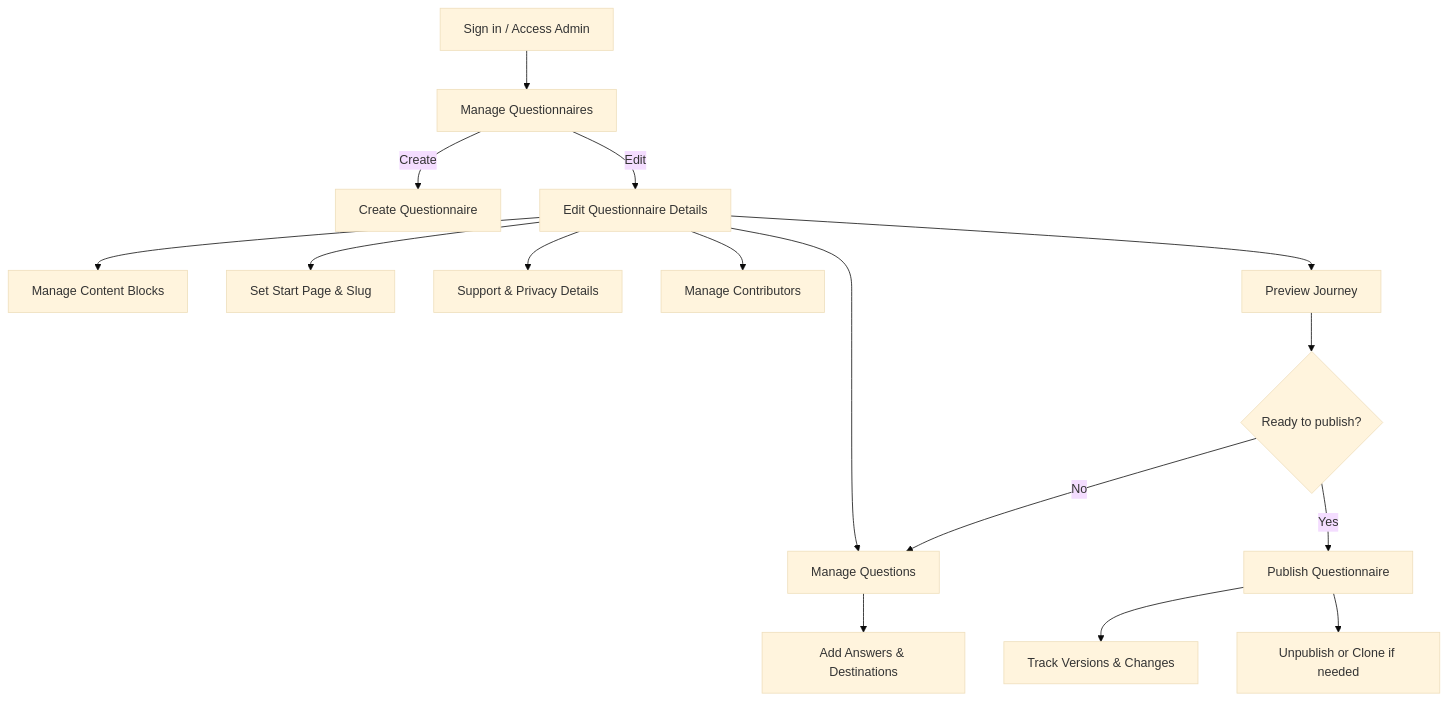
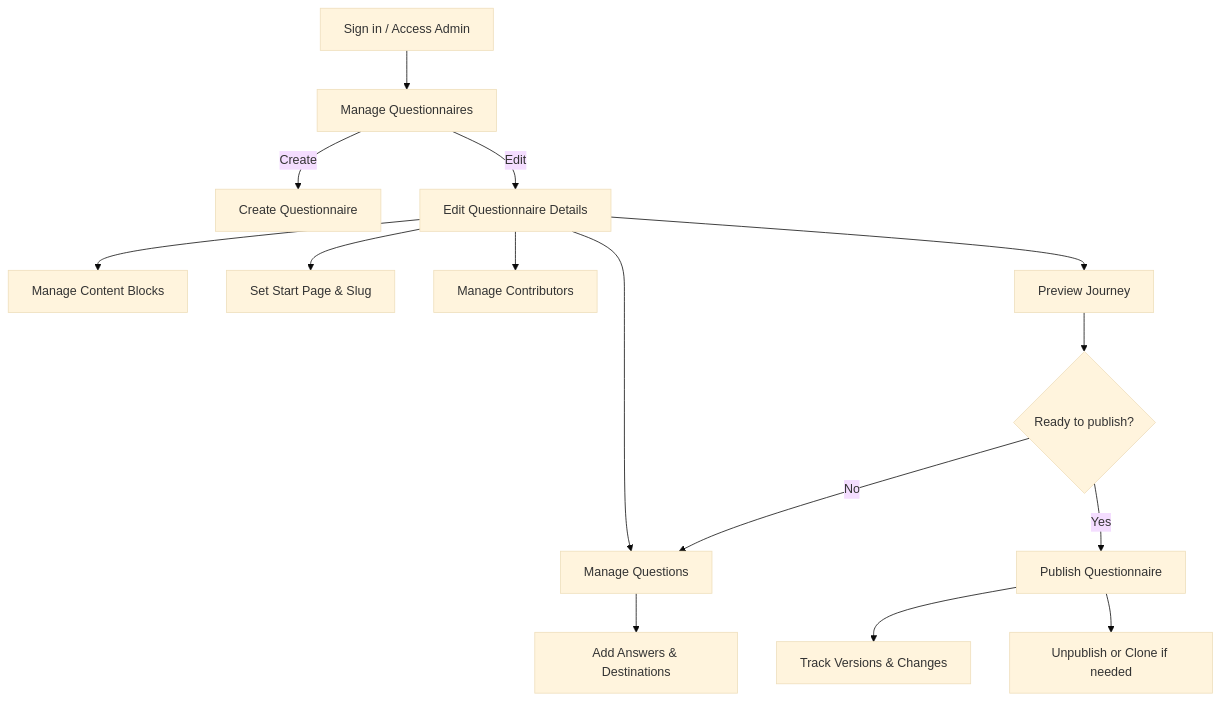
One commit to DFE-Digital/get-to-an-answer changed the first of 2 diagrams in src/Admin/README.md. Above: the diagram before and after it, drawn with Mermaid (base theme). The commit also changed other lines of this file and 4 other files, not shown here.

First line of the commit message:
CARE-1718 Removed support contact details and privacy configuration references from documentation and code (#219)

````diff
--- a/src/Admin/README.md
+++ b/src/Admin/README.md
@@ -15,18 +14,17 @@
 ```mermaid
 flowchart TD
   A[Sign in / Access Admin] --> B[Manage Questionnaires]
   B -->|Create| C[Create Questionnaire]
   B -->|Edit| D[Edit Questionnaire Details]
   D --> E[Manage Questions]
   E --> F[Add Answers & Destinations]
   D --> G[Manage Content Blocks]
   D --> H[Set Start Page & Slug]
-  D --> I[Support & Privacy Details]
   D --> J[Manage Contributors]
   D --> K[Preview Journey]
   K --> L{Ready to publish?}
   L -- Yes --> M[Publish Questionnaire]
   L -- No --> E
   M --> N[Track Versions & Changes]
   M --> O[Unpublish or Clone if needed]
 ```
````
